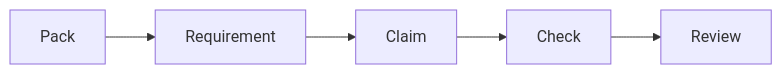
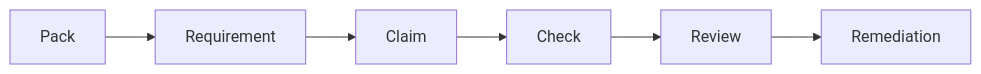
One commit to RI-SE/curbpack changed the first of 4 diagrams in docs/README.md. Above: the diagram before and after it, drawn with Mermaid. The commit also changed other lines of this file and 439 other files, not shown here.

````diff
--- a/docs/README.md
+++ b/docs/README.md
@@ -7,7 +7,8 @@
 ```mermaid
 flowchart LR
     P["Pack"] --> R["Requirement"]
     R --> C["Claim"]
     C --> K["Check"]
     K --> V["Review"]
-``` 
+    V --> RR["Remediation"]
+```
````
